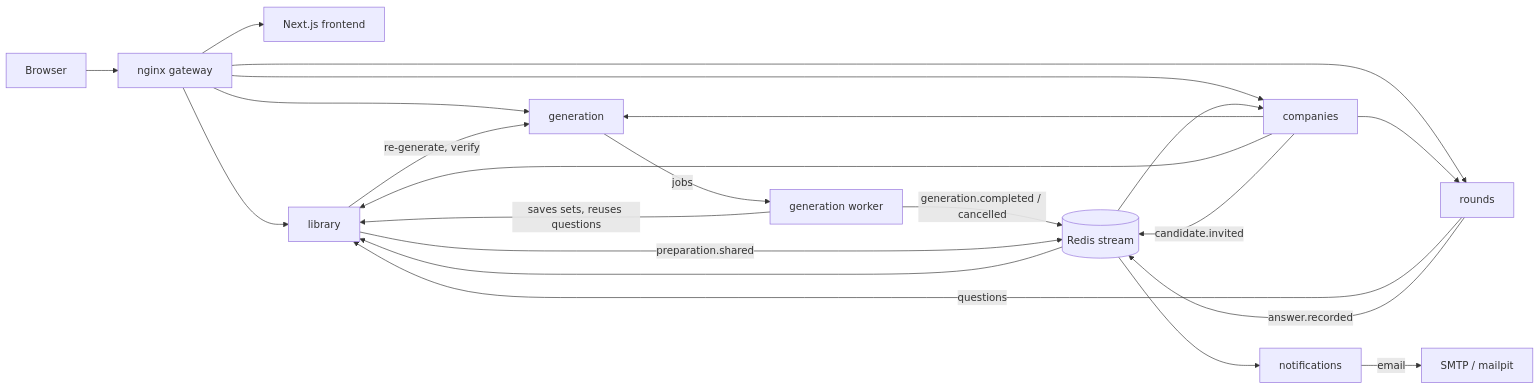
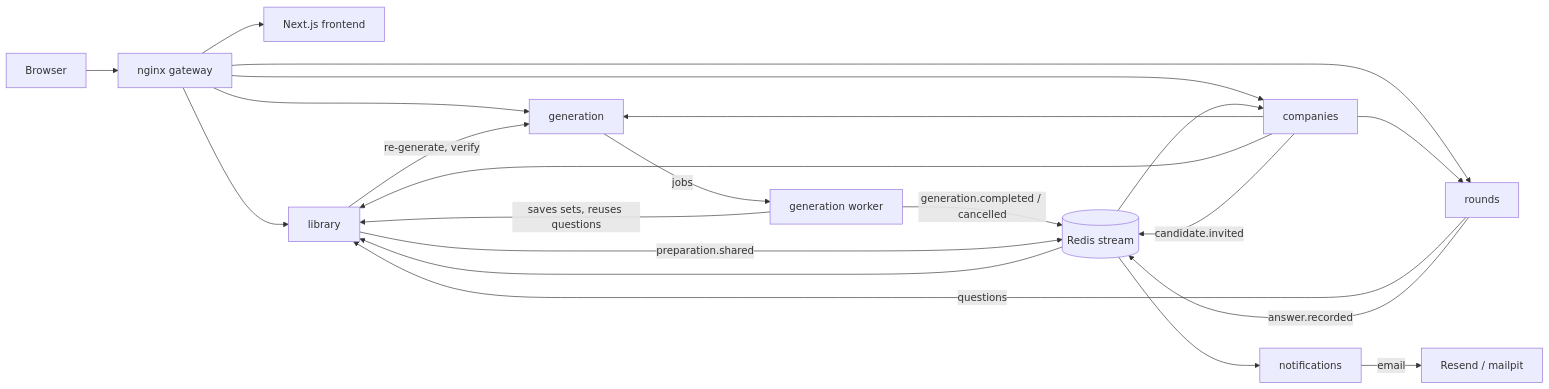
Before and after one commit to Vilsky-Viktor/ai-interview-prep-platform: the diagram in README.md, drawn with Mermaid. The commit also changed other lines of this file and 16 other files, not shown here.

````diff
--- a/README.md
+++ b/README.md
@@ -31,25 +31,25 @@
 ```mermaid
 flowchart LR
     browser[Browser] --> gateway[nginx gateway]
     gateway --> frontend[Next.js frontend]
     gateway --> library
     gateway --> generation
     gateway --> rounds
     gateway --> companies
 
     generation -- jobs --> worker[generation worker]
     worker -- saves sets, reuses questions --> library
     library -- re-generate, verify --> generation
     rounds -- questions --> library
     companies --> generation
     companies --> library
     companies --> rounds
 
     rounds -- answer.recorded --> redis[(Redis stream)]
     worker -- generation.completed / cancelled --> redis
     library -- preparation.shared --> redis
     companies -- candidate.invited --> redis
     redis --> library
     redis --> companies
-    redis --> notifications -- email --> smtp[SMTP / mailpit]
+    redis --> notifications -- email --> smtp[Resend / mailpit]
 ```
````
